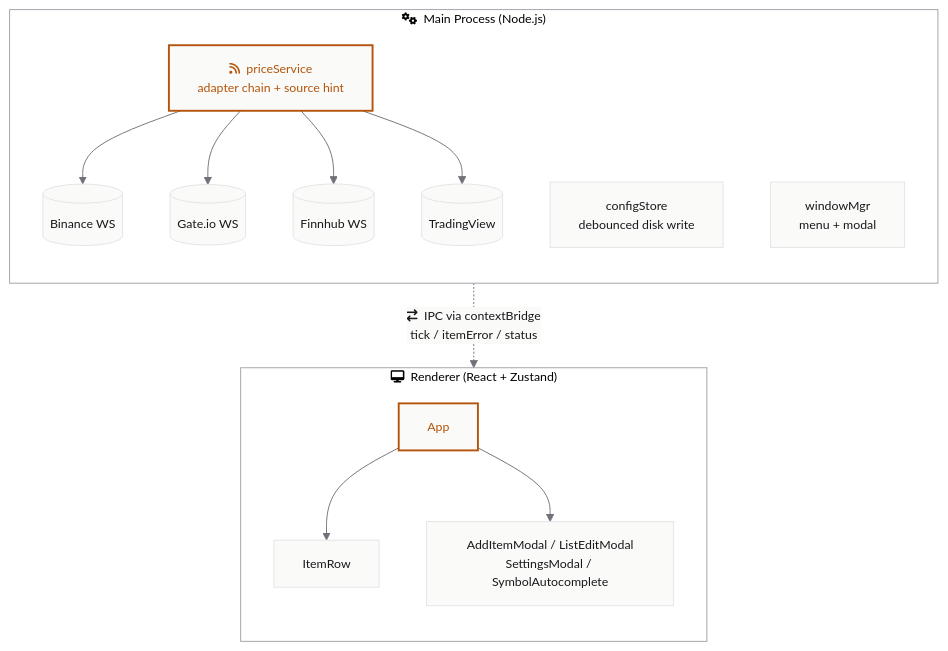
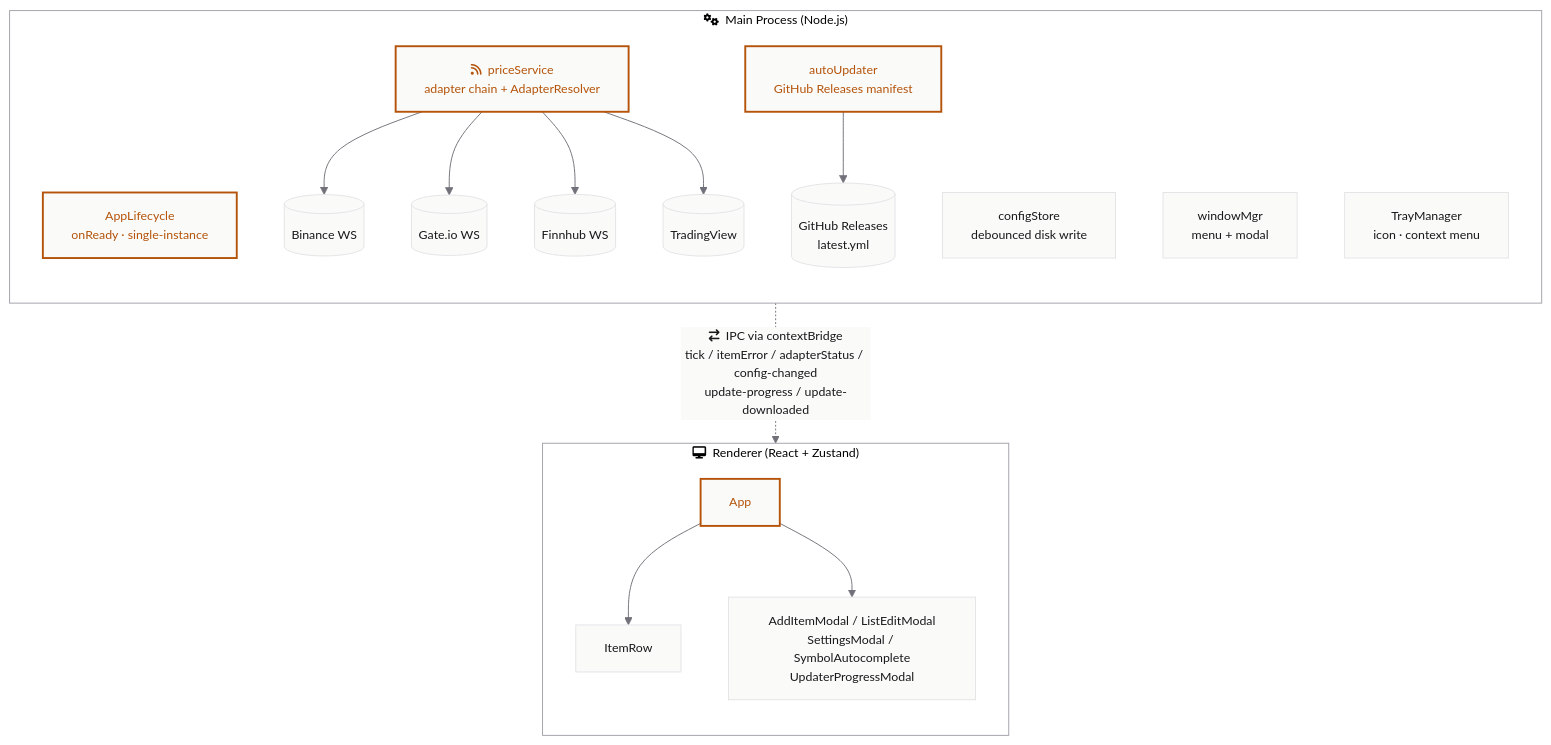
The diagram in docs/architecture.mmd (Seober/InvestingWidget), drawn with Mermaid before and after one commit.

Commit message:
docs: architecture.mmd Part A·B 통합 갱신 (Stage 7/8)
Part A·B 의 모든 main process 모듈 반영:
- AppLifecycle (v0.4.0) — onReady·single-instance
- TrayManager (v0.2.0 부터 누락) — icon·context menu
- autoUpdater (v0.5.0) — GitHub Releases manifest
- priceService 의 AdapterResolver 명시

Renderer modals 그룹에 UpdaterProgressModal 추가.
External 노드 GitHub Releases (latest.yml) 추가 — autoUpdater 의 출처.
IPC arrow 갱신: config-changed · update-progress · update-downloaded 추가.

architecture.svg 는 mermaid live editor 에서 export 후 사용자가 교체.

```diff
--- a/docs/architecture.mmd
+++ b/docs/architecture.mmd
@@ -1,41 +1,45 @@
 %%{init: {
     "theme": "base",
     "themeVariables": {
       "background": "#FAFAF9",
       "mainBkg": "#FAFAF9",
       "primaryColor": "#FAFAF9",
       "primaryTextColor": "#18181B",
       "primaryBorderColor": "#E4E4E7",
       "lineColor": "#71717A",
       "fontFamily": "ui-monospace, Menlo, Cascadia Code, monospace",
       "fontSize": "13px",
       "clusterBkg": "transparent",
       "clusterBorder": "#A1A1AA",
       "edgeLabelBackground": "#FAFAF9"
     }
   }}%%
   flowchart TB
       subgraph main["fa:fa-cogs &nbsp;Main Process (Node.js)"]
           direction TB
-          ps["fa:fa-rss &nbsp;priceService<br/>adapter chain + source hint"]:::accent
+          lifecycle["AppLifecycle<br/>onReady · single-instance"]:::accent
+          ps["fa:fa-rss &nbsp;priceService<br/>adapter chain + AdapterResolver"]:::accent
           cs["configStore<br/>debounced disk write"]
           wm["windowMgr<br/>menu + modal"]
+          tray["TrayManager<br/>icon · context menu"]
+          updater["autoUpdater<br/>GitHub Releases manifest"]:::accent
 
           ps --> binance[("Binance WS")]
           ps --> gateio[("Gate.io WS")]
           ps --> finnhub[("Finnhub WS")]
           ps --> tv[("TradingView")]
+          updater --> ghrelease[("GitHub Releases<br/>latest.yml")]
       end
 
       subgraph renderer["fa:fa-desktop &nbsp;Renderer (React + Zustand)"]
           direction TB
           app["App"]:::accent
           ir["ItemRow"]
-          modals["AddItemModal / ListEditModal<br/>SettingsModal / SymbolAutocomplete"]
+          modals["AddItemModal / ListEditModal<br/>SettingsModal / SymbolAutocomplete<br/>UpdaterProgressModal"]
           app --> ir
           app --> modals
       end
 
-      main -.->|"fa:fa-exchange &nbsp;IPC via contextBridge<br/>tick / itemError / status"| renderer
+      main -.->|"fa:fa-exchange &nbsp;IPC via contextBridge<br/>tick / itemError / adapterStatus / config-changed<br/>update-progress / update-downloaded"| renderer
 
       classDef accent stroke:#B45309,color:#B45309,stroke-width:2px
```
